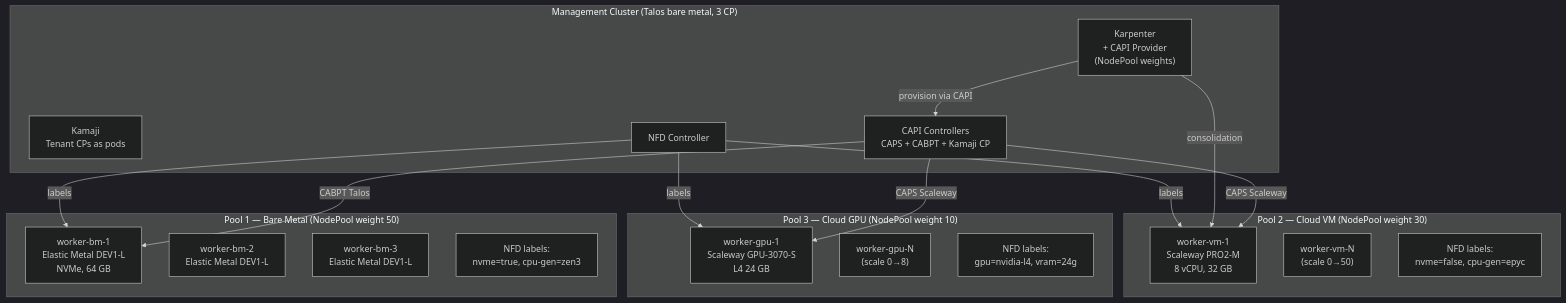
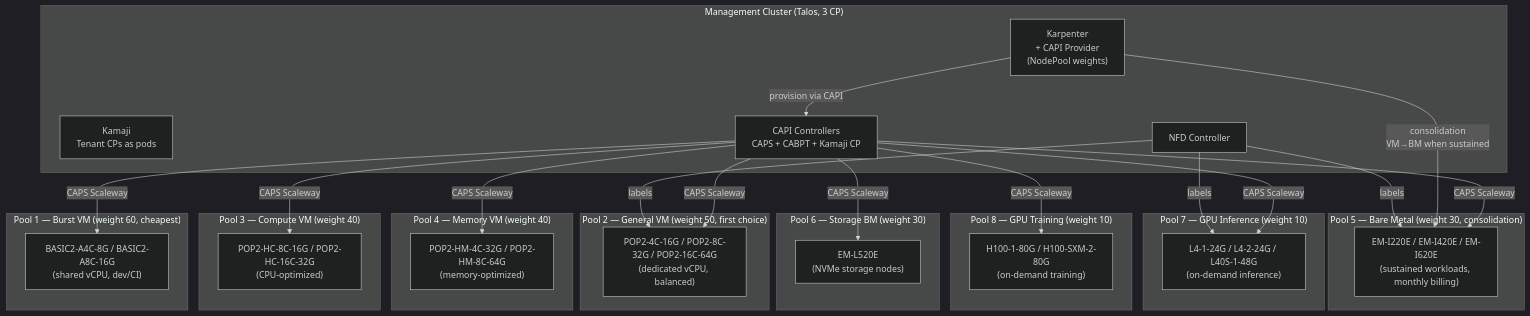
The first of 2 diagrams in docs/adr/024-hybrid-autoscaling-architecture.md (Destynova2/st4ck), drawn with Mermaid (dark theme) before and after one commit. The commit also changed other lines of this file, not shown here.

First line of the commit message:
docs: ADR-024 v3 — cloud-first strategy with full Scaleway pricing

````diff
--- a/docs/adr/024-hybrid-autoscaling-architecture.md
+++ b/docs/adr/024-hybrid-autoscaling-architecture.md
@@ -39,37 +39,55 @@
 ```mermaid
 graph TB
-    subgraph "Management Cluster (Talos bare metal, 3 CP)"
+    subgraph "Management Cluster (Talos, 3 CP)"
         KAMAJI["Kamaji<br/>Tenant CPs as pods"]
         CAPI["CAPI Controllers<br/>CAPS + CABPT + Kamaji CP"]
         KARP["Karpenter<br/>+ CAPI Provider<br/>(NodePool weights)"]
         NFD_CTRL["NFD Controller"]
     end
 
-    subgraph "Pool 1 — Bare Metal (NodePool weight 50)"
-        BM1["worker-bm-1<br/>Elastic Metal DEV1-L<br/>NVMe, 64 GB"]
-        BM2["worker-bm-2<br/>Elastic Metal DEV1-L"]
-        BM3["worker-bm-3<br/>Elastic Metal DEV1-L"]
-        NFD1["NFD labels:<br/>nvme=true, cpu-gen=zen3"]
+    subgraph "Pool 1 — Burst VM (weight 60, cheapest)"
+        BURST1["BASIC2-A4C-8G / BASIC2-A8C-16G<br/>(shared vCPU, dev/CI)"]
     end
 
-    subgraph "Pool 2 — Cloud VM (NodePool weight 30)"
-        VM1["worker-vm-1<br/>Scaleway PRO2-M<br/>8 vCPU, 32 GB"]
-        VM2["worker-vm-N<br/>(scale 0→50)"]
-        NFD2["NFD labels:<br/>nvme=false, cpu-gen=epyc"]
+    subgraph "Pool 2 — General VM (weight 50, first choice)"
+        GEN1["POP2-4C-16G / POP2-8C-32G / POP2-16C-64G<br/>(dedicated vCPU, balanced)"]
     end
 
-    subgraph "Pool 3 — Cloud GPU (NodePool weight 10)"
-        GPU1["worker-gpu-1<br/>Scaleway GPU-3070-S<br/>L4 24 GB"]
-        GPU2["worker-gpu-N<br/>(scale 0→8)"]
-        NFD3["NFD labels:<br/>gpu=nvidia-l4, vram=24g"]
+    subgraph "Pool 3 — Compute VM (weight 40)"
+        COMP1["POP2-HC-8C-16G / POP2-HC-16C-32G<br/>(CPU-optimized)"]
+    end
+
+    subgraph "Pool 4 — Memory VM (weight 40)"
+        MEM1["POP2-HM-4C-32G / POP2-HM-8C-64G<br/>(memory-optimized)"]
+    end
+
+    subgraph "Pool 5 — Bare Metal (weight 30, consolidation)"
+        BM1["EM-I220E / EM-I420E / EM-I620E<br/>(sustained workloads, monthly billing)"]
+    end
+
+    subgraph "Pool 6 — Storage BM (weight 30)"
+        STOR1["EM-L520E<br/>(NVMe storage nodes)"]
+    end
+
+    subgraph "Pool 7 — GPU Inference (weight 10)"
+        GPUI["L4-1-24G / L4-2-24G / L40S-1-48G<br/>(on-demand inference)"]
+    end
+
+    subgraph "Pool 8 — GPU Training (weight 10)"
+        GPUT["H100-1-80G / H100-SXM-2-80G<br/>(on-demand training)"]
     end
 
     KARP -->|"provision via CAPI"| CAPI
-    CAPI -->|"CAPS Scaleway"| VM1
-    CAPI -->|"CAPS Scaleway"| GPU1
-    CAPI -->|"CABPT Talos"| BM1
-    KARP -->|"consolidation"| VM1
+    CAPI -->|"CAPS Scaleway"| GEN1
+    CAPI -->|"CAPS Scaleway"| BURST1
+    CAPI -->|"CAPS Scaleway"| COMP1
+    CAPI -->|"CAPS Scaleway"| MEM1
+    CAPI -->|"CAPS Scaleway"| BM1
+    CAPI -->|"CAPS Scaleway"| STOR1
+    CAPI -->|"CAPS Scaleway"| GPUI
+    CAPI -->|"CAPS Scaleway"| GPUT
+    KARP -->|"consolidation<br/>VM→BM when sustained"| BM1
+    NFD_CTRL -->|"labels"| GEN1
     NFD_CTRL -->|"labels"| BM1
-    NFD_CTRL -->|"labels"| VM1
-    NFD_CTRL -->|"labels"| GPU1
+    NFD_CTRL -->|"labels"| GPUI
 ```
````
